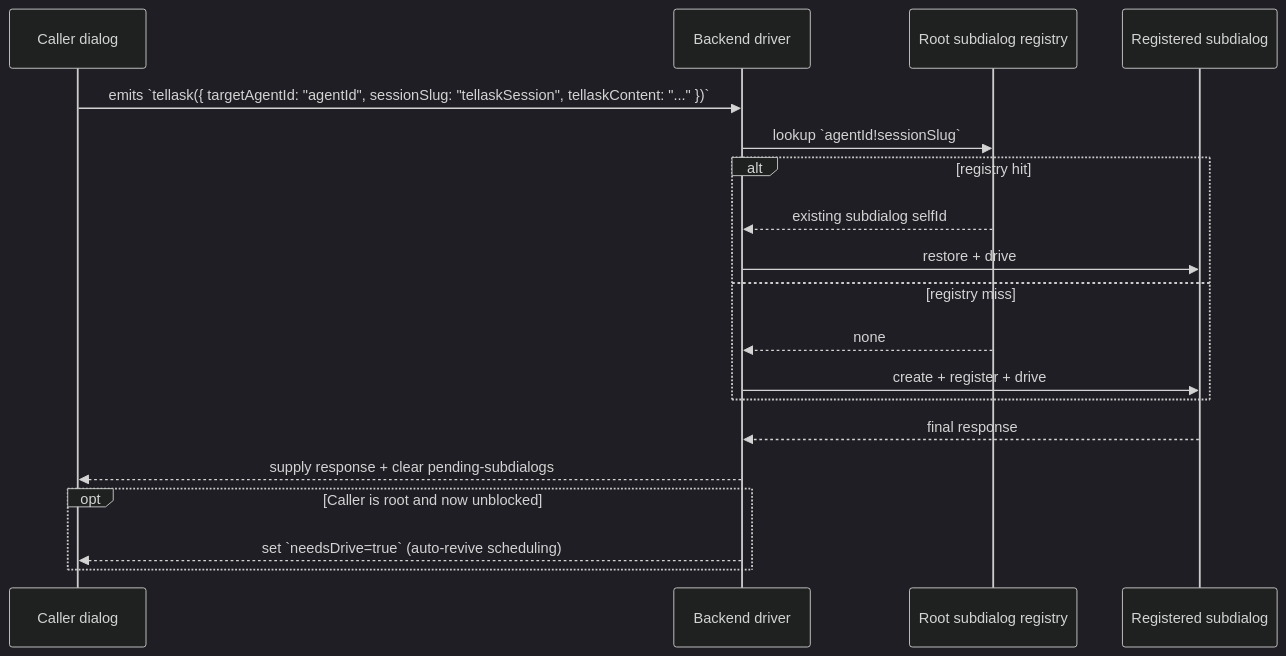
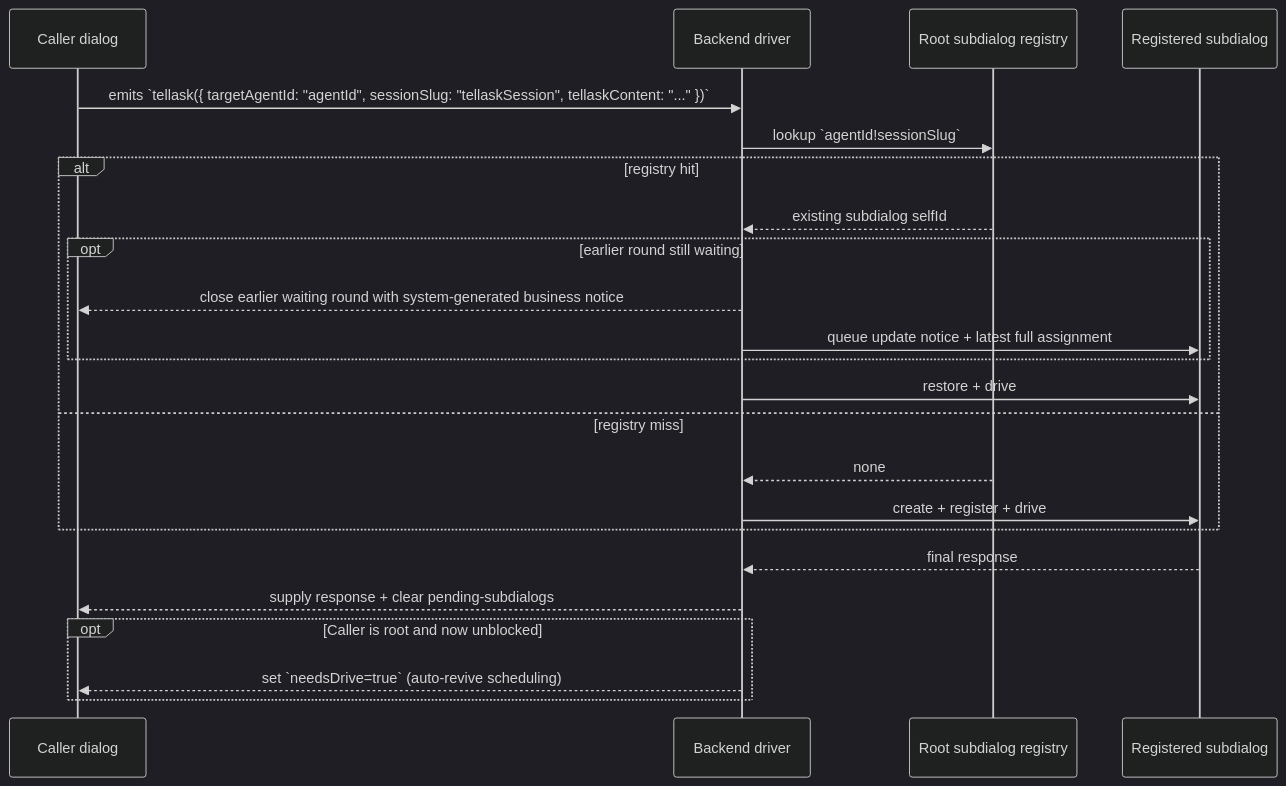
Before and after one commit to longrun-ai/dominds: diagram 12 of 18 in docs/dialog-system.md, drawn with Mermaid (dark theme). The commit also changed other lines of this file and 10 other files, not shown here.

````diff
--- a/docs/dialog-system.md
+++ b/docs/dialog-system.md
@@ -1203,22 +1210,26 @@
 ```mermaid
 sequenceDiagram
   participant Caller as Caller dialog
   participant Driver as Backend driver
   participant Reg as Root subdialog registry
   participant Sub as Registered subdialog
 
   Caller->>Driver: emits `tellask({ targetAgentId: "agentId", sessionSlug: "tellaskSession", tellaskContent: "..." })`
   Driver->>Reg: lookup `agentId!sessionSlug`
   alt registry hit
     Reg-->>Driver: existing subdialog selfId
+    opt earlier round still waiting
+      Driver-->>Caller: close earlier waiting round with system-generated business notice
+      Driver->>Sub: queue update notice + latest full assignment
+    end
     Driver->>Sub: restore + drive
   else registry miss
     Reg-->>Driver: none
     Driver->>Sub: create + register + drive
   end
   Sub-->>Driver: final response
   Driver-->>Caller: supply response + clear pending-subdialogs
   opt Caller is root and now unblocked
     Driver-->>Caller: set `needsDrive=true` (auto-revive scheduling)
   end
 ```
````
